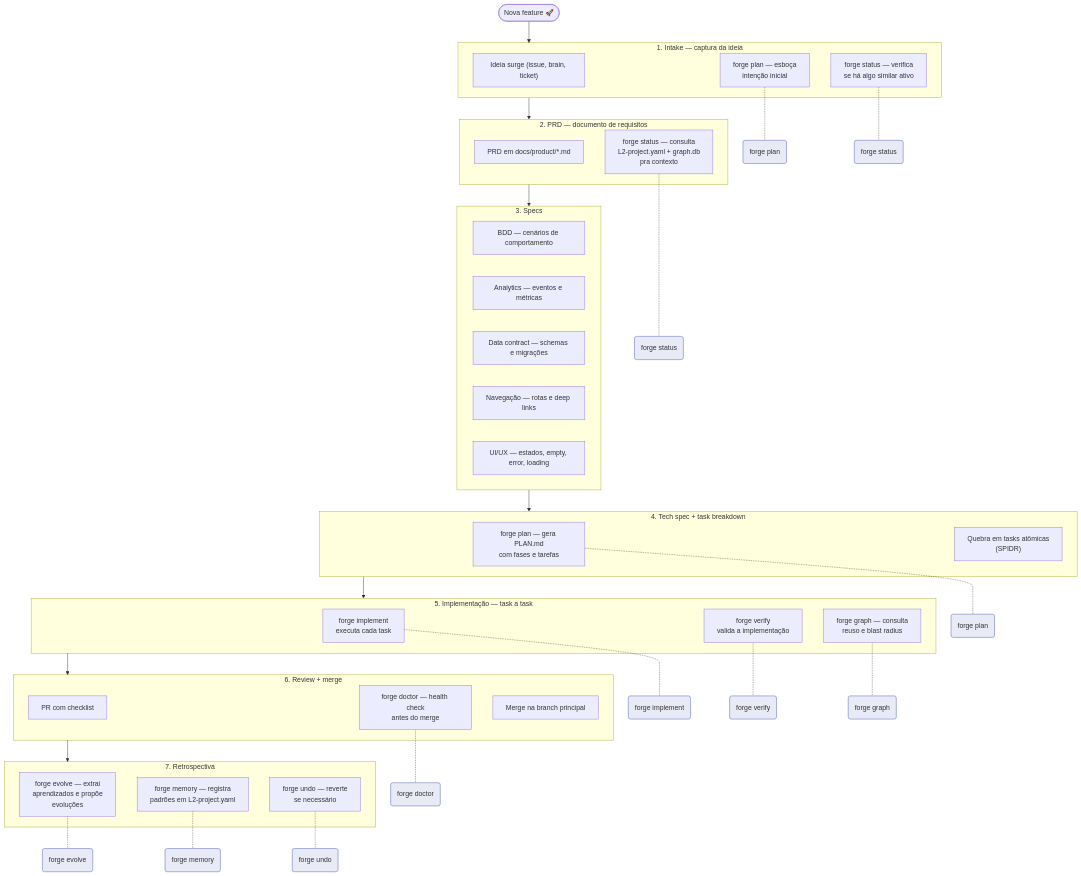
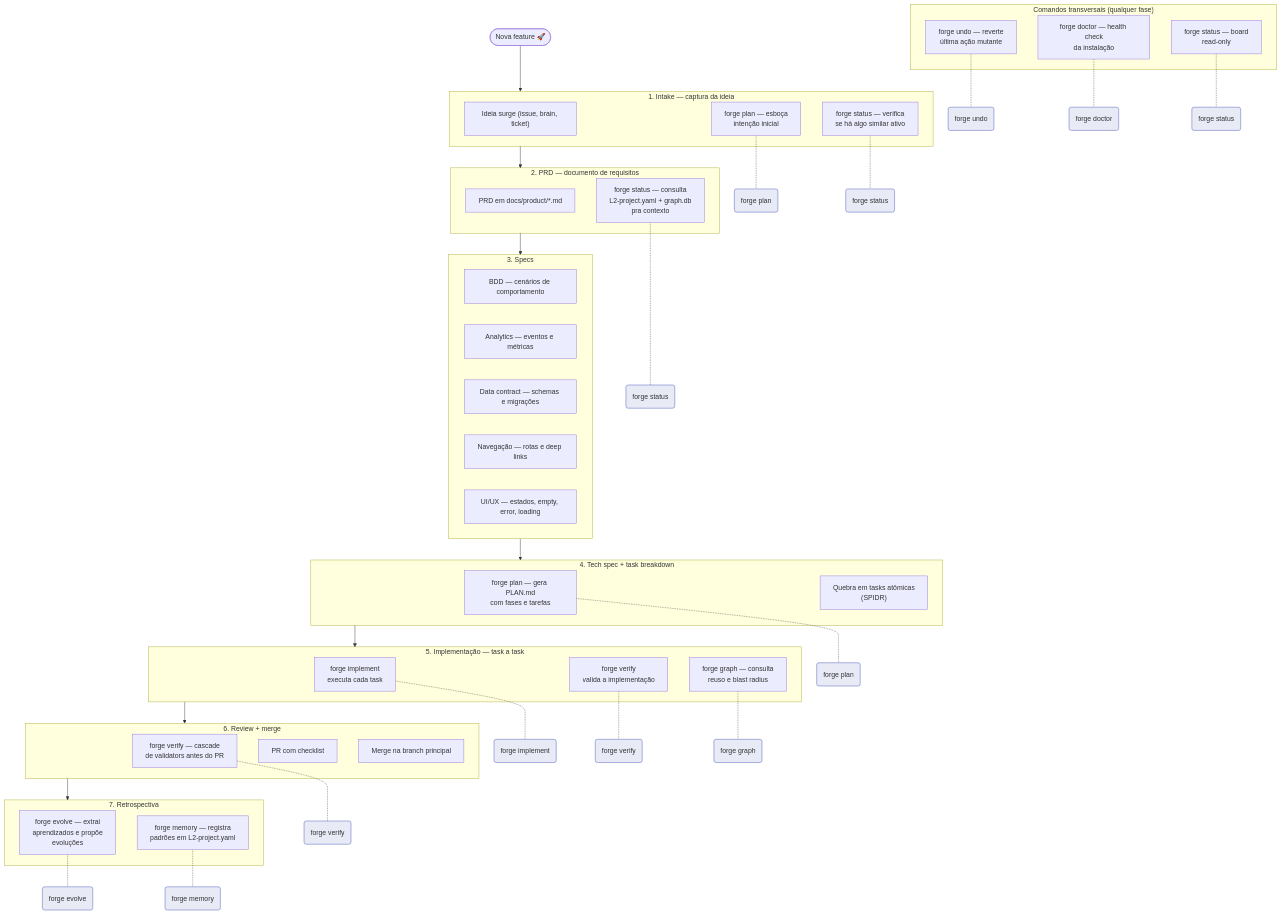
Before and after one commit to thgMatajs/feature-forge: the diagram in docs/diagrams/feature-lifecycle.mermaid, drawn with Mermaid. The commit also changed 2 other files, not shown here.

Commit message:
docs(diagrams): corrigir counts e mapping comandos->fases (PR #14 C-002/C-003/H-002/M-004)
- command-decision-tree: 14 -> 16 doctor categorias; 20 -> '3 built-in
  + N de cards; 21 no diretorio' validators
- feature-lifecycle: Fase 6 = forge verify (era doctor); forge undo
  movido pra subgraph TRANSVERSAL (comandos cross-fase)
- files-versioned-vs-local: L1/archived isolado como no VERSIONADO,
  L1 (WIP) como no LOCAL (resolve ambiguidade visual)

```diff
--- a/docs/diagrams/feature-lifecycle.mermaid
+++ b/docs/diagrams/feature-lifecycle.mermaid
@@ -1,76 +1,85 @@
 flowchart TD
     INICIO(["Nova feature 🚀"])
 
     subgraph INTAKE["1. Intake — captura da ideia"]
         A1["Ideia surge (issue, brain, ticket)"]
         A2["forge plan — esboça<br/>intenção inicial"]
         A3["forge status — verifica<br/>se há algo similar ativo"]
     end
 
     subgraph PRD["2. PRD — documento de requisitos"]
         B1["PRD em docs/product/*.md"]
         B2["forge status — consulta<br/>L2-project.yaml + graph.db<br/>pra contexto"]
     end
 
     subgraph SPECS["3. Specs"]
         C1["BDD — cenários de comportamento"]
         C2["Analytics — eventos e métricas"]
         C3["Data contract — schemas e migrações"]
         C4["Navegação — rotas e deep links"]
         C5["UI/UX — estados, empty, error, loading"]
     end
 
     subgraph TECH_SPEC["4. Tech spec + task breakdown"]
         D1["forge plan — gera PLAN.md<br/>com fases e tarefas"]
         D2["Quebra em tasks atômicas<br/>(SPIDR)"]
     end
 
     subgraph IMPLEMENTACAO["5. Implementação — task a task"]
         E1["forge implement<br/>executa cada task"]
         E2["forge verify<br/>valida a implementação"]
         E3["forge graph — consulta<br/>reuso e blast radius"]
     end
 
     subgraph REVIEW["6. Review + merge"]
-        F1["PR com checklist"]
-        F2["forge doctor — health check<br/>antes do merge"]
+        F1["forge verify — cascade<br/>de validators antes do PR"]
+        F2["PR com checklist"]
         F3["Merge na branch principal"]
     end
 
     subgraph RETROSPECTIVA["7. Retrospectiva"]
         G1["forge evolve — extrai<br/>aprendizados e propõe<br/>evoluções"]
         G2["forge memory — registra<br/>padrões em L2-project.yaml"]
-        G3["forge undo — reverte<br/>se necessário"]
+    end
+
+    subgraph TRANSVERSAL["Comandos transversais (qualquer fase)"]
+        T1["forge undo — reverte<br/>última ação mutante"]
+        T2["forge doctor — health check<br/>da instalação"]
+        T3["forge status — board<br/>read-only"]
     end
 
     INICIO --> INTAKE
     INTAKE --> PRD
     PRD --> SPECS
     SPECS --> TECH_SPEC
     TECH_SPEC --> IMPLEMENTACAO
     IMPLEMENTACAO --> REVIEW
     REVIEW --> RETROSPECTIVA
 
     A2 -.- forge_cmd1("forge plan")
     A3 -.- forge_cmd2("forge status")
     B2 -.- forge_cmd3("forge status")
     D1 -.- forge_cmd4("forge plan")
     E1 -.- forge_cmd5("forge implement")
     E2 -.- forge_cmd6("forge verify")
     E3 -.- forge_cmd7("forge graph")
-    F2 -.- forge_cmd8("forge doctor")
+    F1 -.- forge_cmd8("forge verify")
     G1 -.- forge_cmd9("forge evolve")
     G2 -.- forge_cmd10("forge memory")
-    G3 -.- forge_cmd11("forge undo")
+    T1 -.- forge_cmd11("forge undo")
+    T2 -.- forge_cmd12("forge doctor")
+    T3 -.- forge_cmd13("forge status")
 
     style forge_cmd1 fill:#e8eaf6,stroke:#3f51b5
     style forge_cmd2 fill:#e8eaf6,stroke:#3f51b5
     style forge_cmd3 fill:#e8eaf6,stroke:#3f51b5
     style forge_cmd4 fill:#e8eaf6,stroke:#3f51b5
     style forge_cmd5 fill:#e8eaf6,stroke:#3f51b5
     style forge_cmd6 fill:#e8eaf6,stroke:#3f51b5
     style forge_cmd7 fill:#e8eaf6,stroke:#3f51b5
     style forge_cmd8 fill:#e8eaf6,stroke:#3f51b5
     style forge_cmd9 fill:#e8eaf6,stroke:#3f51b5
     style forge_cmd10 fill:#e8eaf6,stroke:#3f51b5
     style forge_cmd11 fill:#e8eaf6,stroke:#3f51b5
+    style forge_cmd12 fill:#e8eaf6,stroke:#3f51b5
+    style forge_cmd13 fill:#e8eaf6,stroke:#3f51b5
```
